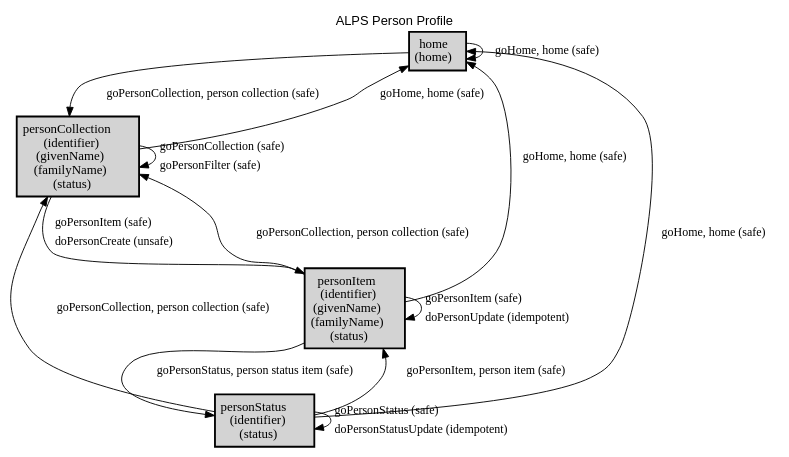
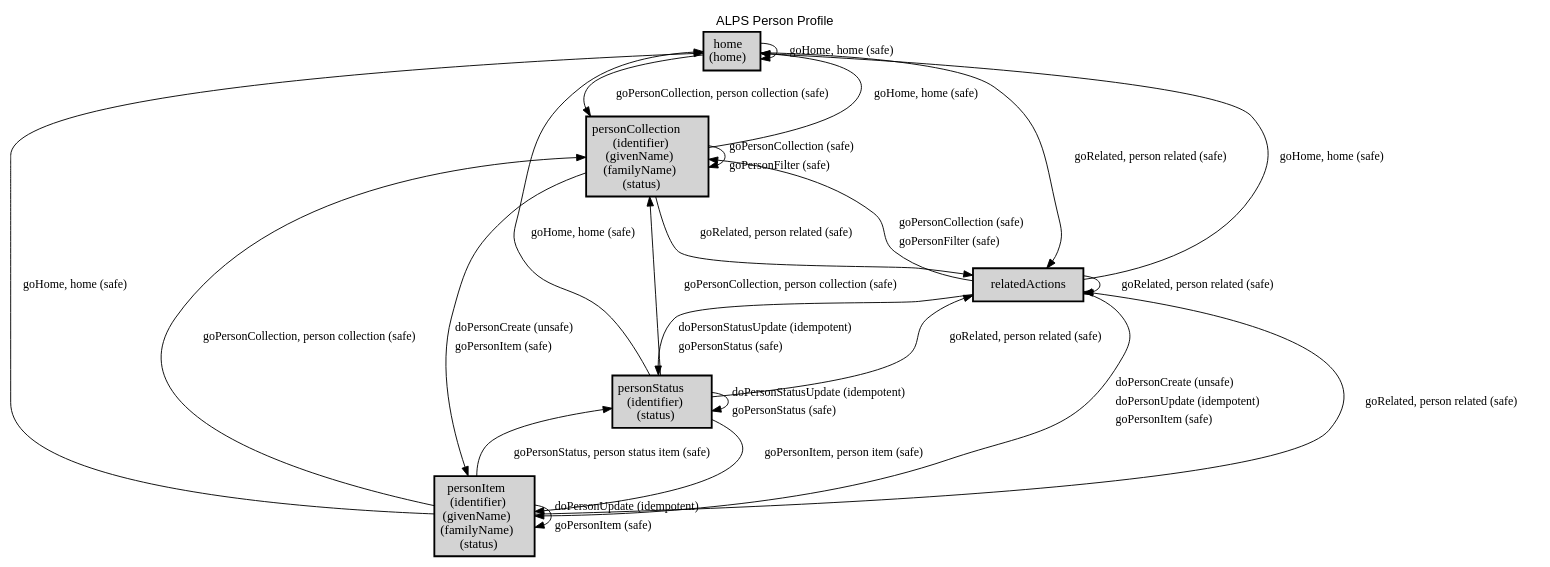
One commit to alps-io/alps-asd-playground changed the diagram in person/person.dot. Above: the diagram before and after it, drawn with Graphviz. The commit also changed 131 other files, not shown here.

```diff
--- a/person/person.dot
+++ b/person/person.dot
@@ -1,30 +1,40 @@
 digraph application_state_diagram {
   graph [
     labelloc="t";
     fontname="Helvetica"
     label="ALPS Person Profile";
     URL="index.html" target="_parent"
   ];
   node [shape = box, style = "bold,filled" fillcolor="lightgray"];
 
     home [margin=0.02, label=<<table cellspacing="0" cellpadding="5" border="0"><tr><td>home<br />(home)<br /></td></tr></table>>,shape=box URL="docs/semantic.home.html" target="_parent"]
     personCollection [margin=0.02, label=<<table cellspacing="0" cellpadding="5" border="0"><tr><td>personCollection<br />(identifier)<br />(givenName)<br />(familyName)<br />(status)<br /></td></tr></table>>,shape=box URL="docs/semantic.personCollection.html" target="_parent"]
     personItem [margin=0.02, label=<<table cellspacing="0" cellpadding="5" border="0"><tr><td>personItem<br />(identifier)<br />(givenName)<br />(familyName)<br />(status)<br /></td></tr></table>>,shape=box URL="docs/semantic.personItem.html" target="_parent"]
     personStatus [margin=0.02, label=<<table cellspacing="0" cellpadding="5" border="0"><tr><td>personStatus<br />(identifier)<br />(status)<br /></td></tr></table>>,shape=box URL="docs/semantic.personStatus.html" target="_parent"]
 
     home -> home [label = "goHome, home (safe)" URL="docs/safe.goHome.html" target="_parent" fontsize=13];
     home -> personCollection [label = "goPersonCollection, person collection (safe)" URL="docs/safe.goPersonCollection.html" target="_parent" fontsize=13];
+    home -> relatedActions [label = "goRelated, person related (safe)" URL="docs/safe.goRelated.html" target="_parent" fontsize=13];
     personCollection -> home [label = "goHome, home (safe)" URL="docs/safe.goHome.html" target="_parent" fontsize=13];
     personCollection -> personCollection [label=<<table  border="0"><tr><td align="left" href="docs/safe.goPersonCollection.html">goPersonCollection (safe)</td></tr><tr><td align="left" href="docs/safe.goPersonFilter.html">goPersonFilter (safe)</td></tr></table>> fontsize=13];
-    personCollection -> personItem [label=<<table  border="0"><tr><td align="left" href="docs/safe.goPersonItem.html">goPersonItem (safe)</td></tr><tr><td align="left" href="docs/unsafe.doPersonCreate.html">doPersonCreate (unsafe)</td></tr></table>> fontsize=13];
+    personCollection -> personItem [label=<<table  border="0"><tr><td align="left" href="docs/unsafe.doPersonCreate.html">doPersonCreate (unsafe)</td></tr><tr><td align="left" href="docs/safe.goPersonItem.html">goPersonItem (safe)</td></tr></table>> fontsize=13];
+    personCollection -> relatedActions [label = "goRelated, person related (safe)" URL="docs/safe.goRelated.html" target="_parent" fontsize=13];
     personItem -> home [label = "goHome, home (safe)" URL="docs/safe.goHome.html" target="_parent" fontsize=13];
     personItem -> personCollection [label = "goPersonCollection, person collection (safe)" URL="docs/safe.goPersonCollection.html" target="_parent" fontsize=13];
-    personItem -> personItem [label=<<table  border="0"><tr><td align="left" href="docs/safe.goPersonItem.html">goPersonItem (safe)</td></tr><tr><td align="left" href="docs/idempotent.doPersonUpdate.html">doPersonUpdate (idempotent)</td></tr></table>> fontsize=13];
+    personItem -> personItem [label=<<table  border="0"><tr><td align="left" href="docs/idempotent.doPersonUpdate.html">doPersonUpdate (idempotent)</td></tr><tr><td align="left" href="docs/safe.goPersonItem.html">goPersonItem (safe)</td></tr></table>> fontsize=13];
     personItem -> personStatus [label = "goPersonStatus, person status item (safe)" URL="docs/safe.goPersonStatus.html" target="_parent" fontsize=13];
+    personItem -> relatedActions [label = "goRelated, person related (safe)" URL="docs/safe.goRelated.html" target="_parent" fontsize=13];
     personStatus -> home [label = "goHome, home (safe)" URL="docs/safe.goHome.html" target="_parent" fontsize=13];
     personStatus -> personCollection [label = "goPersonCollection, person collection (safe)" URL="docs/safe.goPersonCollection.html" target="_parent" fontsize=13];
     personStatus -> personItem [label = "goPersonItem, person item (safe)" URL="docs/safe.goPersonItem.html" target="_parent" fontsize=13];
-    personStatus -> personStatus [label=<<table  border="0"><tr><td align="left" href="docs/safe.goPersonStatus.html">goPersonStatus (safe)</td></tr><tr><td align="left" href="docs/idempotent.doPersonStatusUpdate.html">doPersonStatusUpdate (idempotent)</td></tr></table>> fontsize=13];
+    personStatus -> personStatus [label=<<table  border="0"><tr><td align="left" href="docs/idempotent.doPersonStatusUpdate.html">doPersonStatusUpdate (idempotent)</td></tr><tr><td align="left" href="docs/safe.goPersonStatus.html">goPersonStatus (safe)</td></tr></table>> fontsize=13];
+    personStatus -> relatedActions [label = "goRelated, person related (safe)" URL="docs/safe.goRelated.html" target="_parent" fontsize=13];
+    relatedActions -> home [label = "goHome, home (safe)" URL="docs/safe.goHome.html" target="_parent" fontsize=13];
+    relatedActions -> personCollection [label=<<table  border="0"><tr><td align="left" href="docs/safe.goPersonCollection.html">goPersonCollection (safe)</td></tr><tr><td align="left" href="docs/safe.goPersonFilter.html">goPersonFilter (safe)</td></tr></table>> fontsize=13];
+    relatedActions -> personItem [label=<<table  border="0"><tr><td align="left" href="docs/unsafe.doPersonCreate.html">doPersonCreate (unsafe)</td></tr><tr><td align="left" href="docs/idempotent.doPersonUpdate.html">doPersonUpdate (idempotent)</td></tr><tr><td align="left" href="docs/safe.goPersonItem.html">goPersonItem (safe)</td></tr></table>> fontsize=13];
+    relatedActions -> personStatus [label=<<table  border="0"><tr><td align="left" href="docs/idempotent.doPersonStatusUpdate.html">doPersonStatusUpdate (idempotent)</td></tr><tr><td align="left" href="docs/safe.goPersonStatus.html">goPersonStatus (safe)</td></tr></table>> fontsize=13];
+    relatedActions -> relatedActions [label = "goRelated, person related (safe)" URL="docs/safe.goRelated.html" target="_parent" fontsize=13];
 
+    relatedActions [URL="docs/semantic.relatedActions.html" target="_parent"]
 
 }
```
